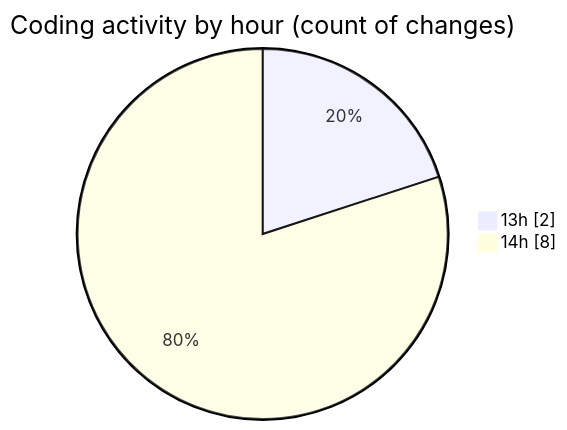
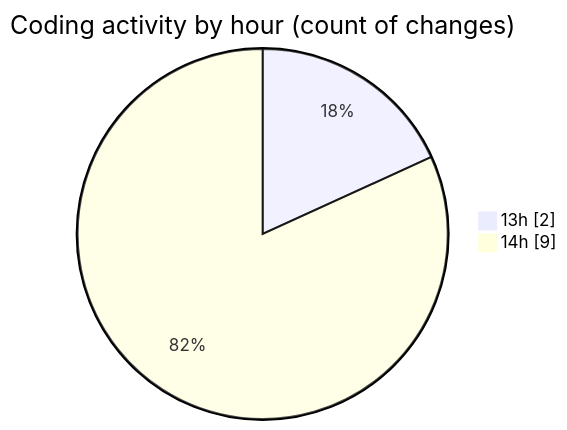
One commit to BS-eng2023/code-tracking changed the second of 2 diagrams in 2025-03-27/vms-with-backend/README.md. Above: the diagram before and after it, drawn with Mermaid. The commit also changed other lines of this file and 1 other file, not shown here.

````diff
--- a/2025-03-27/vms-with-backend/README.md
+++ b/2025-03-27/vms-with-backend/README.md
@@ -33,6 +33,6 @@
 ```mermaid
 pie showData
 title Coding activity by hour (count of changes)
 "13h" : 2
-"14h" : 8
+"14h" : 9
 ```
````
